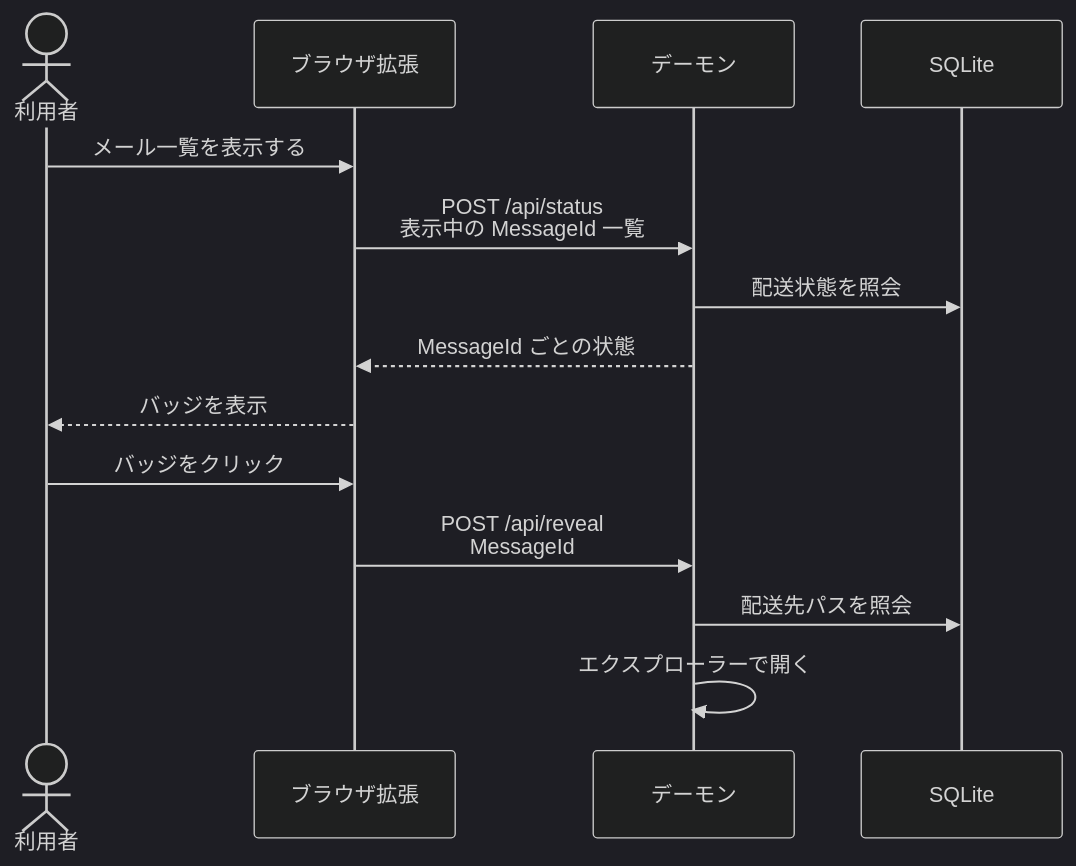
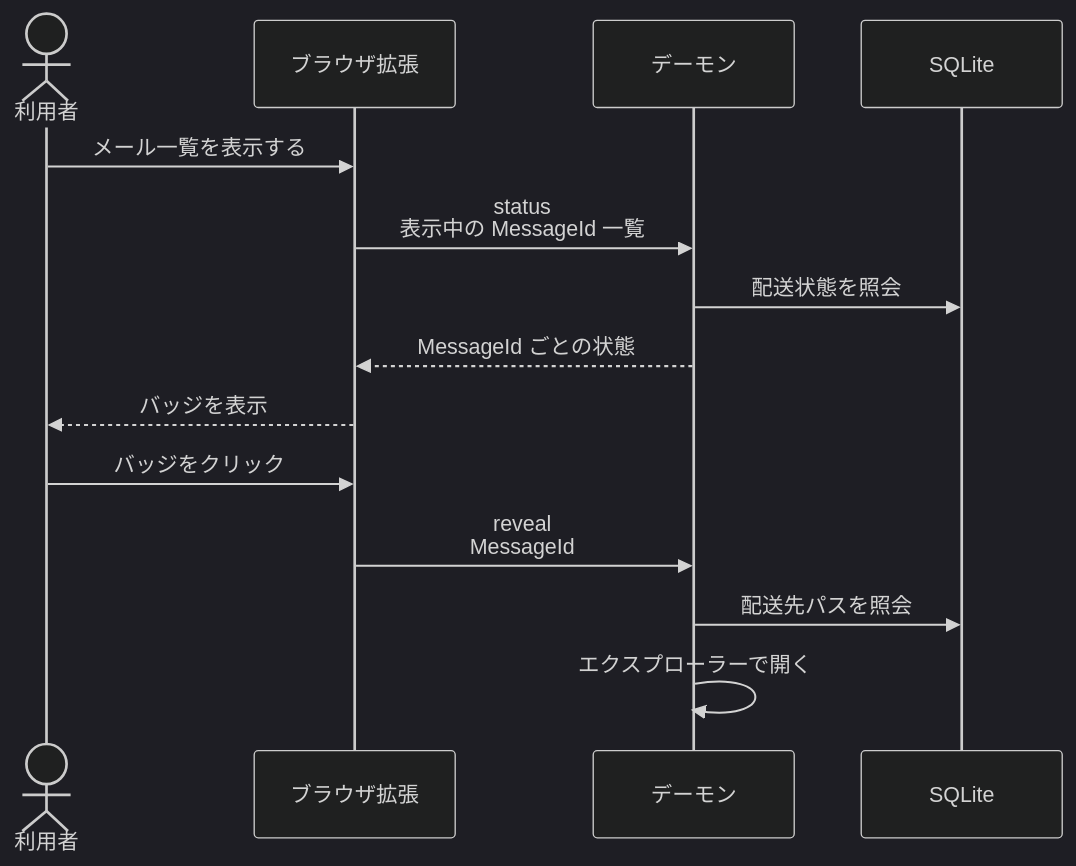
The fifth of 5 diagrams in docs/ARCHITECTURE.md (ShortArrow/ppapd), drawn with Mermaid (dark theme) before and after one commit. The commit also changed other lines of this file and 3 other files, not shown here.

````diff
--- a/docs/ARCHITECTURE.md
+++ b/docs/ARCHITECTURE.md
@@ -127,18 +127,18 @@
 ```mermaid
 sequenceDiagram
     actor U as 利用者
     participant US as ブラウザ拡張
     participant D as デーモン
     participant DB as SQLite
 
     U->>US: メール一覧を表示する
-    US->>D: POST /api/status<br/>表示中の MessageId 一覧
+    US->>D: status<br/>表示中の MessageId 一覧
     D->>DB: 配送状態を照会
     D-->>US: MessageId ごとの状態
     US-->>U: バッジを表示
 
     U->>US: バッジをクリック
-    US->>D: POST /api/reveal<br/>MessageId
+    US->>D: reveal<br/>MessageId
     D->>DB: 配送先パスを照会
     D->>D: エクスプローラーで開く
 ```
````
